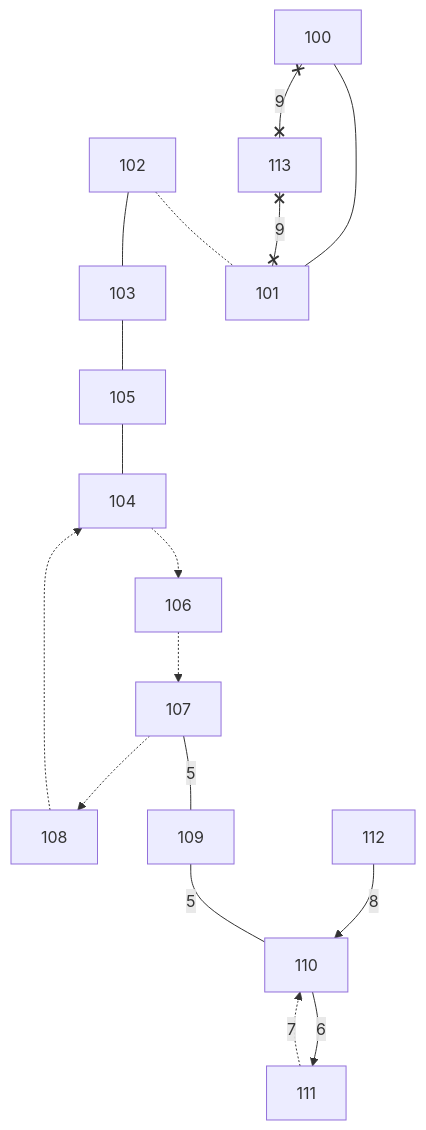
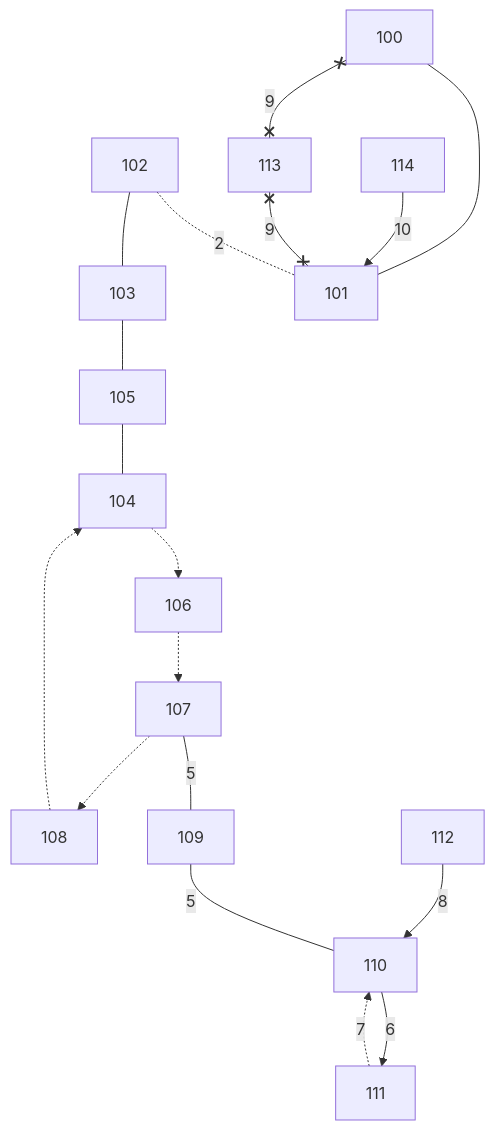
The diagram in pkg/osm/testdata/network.md (ockendenjo/osm-pt-validator), drawn with Mermaid before and after one commit. The commit also changed 3 other files, not shown here.

````diff
--- a/pkg/osm/testdata/network.md
+++ b/pkg/osm/testdata/network.md
@@ -3,22 +3,24 @@
 ```mermaid
 flowchart TB
 
 %%  way1
     100 --- 101
 %%  way2
-    102 -.- 101
+    102 -.-|2| 101
 %%  way3
     102 --- 103 --- 105 --- 104
 %%  way5
     107 --- |5| 109 --- |5| 110
 %%  way4
     106 -.-> 107 -.-> 108 -.-> 104 -.-> 106
 %%   way6
     110 --> |6| 111
 %%   way 7
     111 -.-> |7| 110
 %%   way8
     112 --> |8| 110
 %%   way9
     100 x-- 9 --x 113 x-- 9 --x 101
+%%  way 10 (junction=roundabout)
+    114 -->|10| 101
 ```
````
